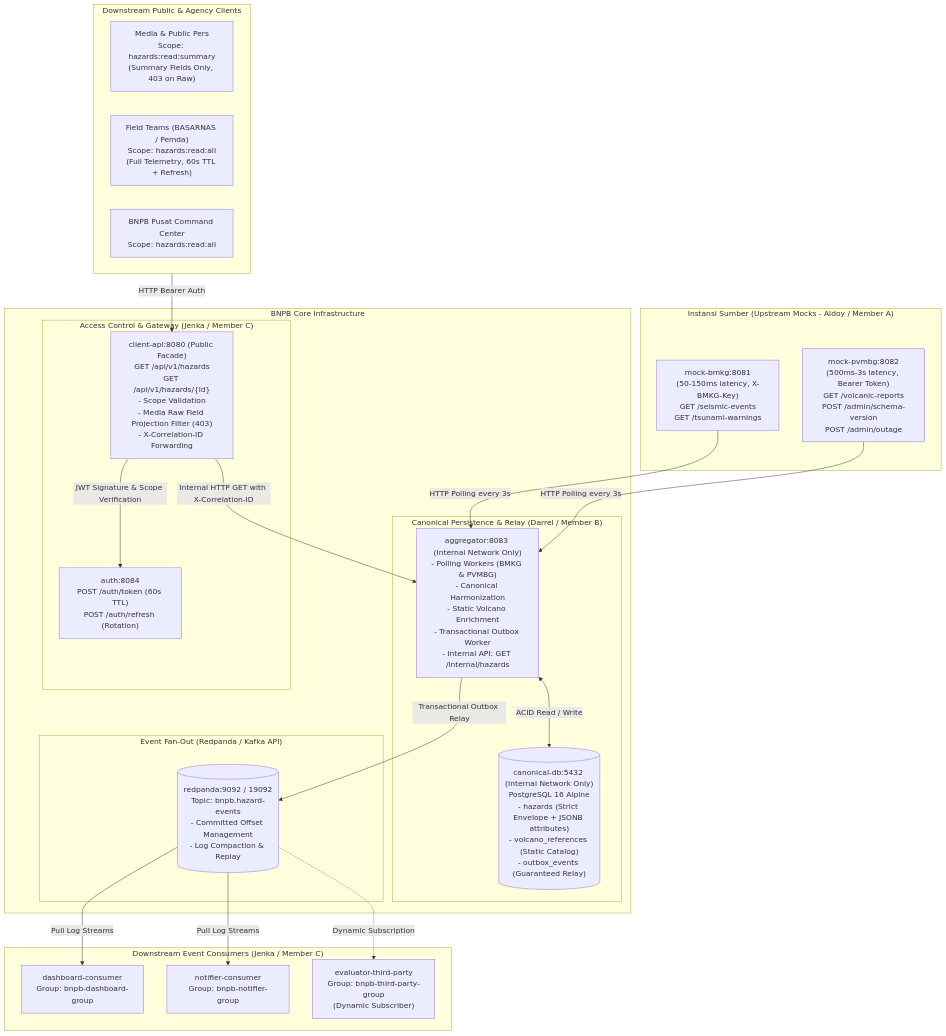
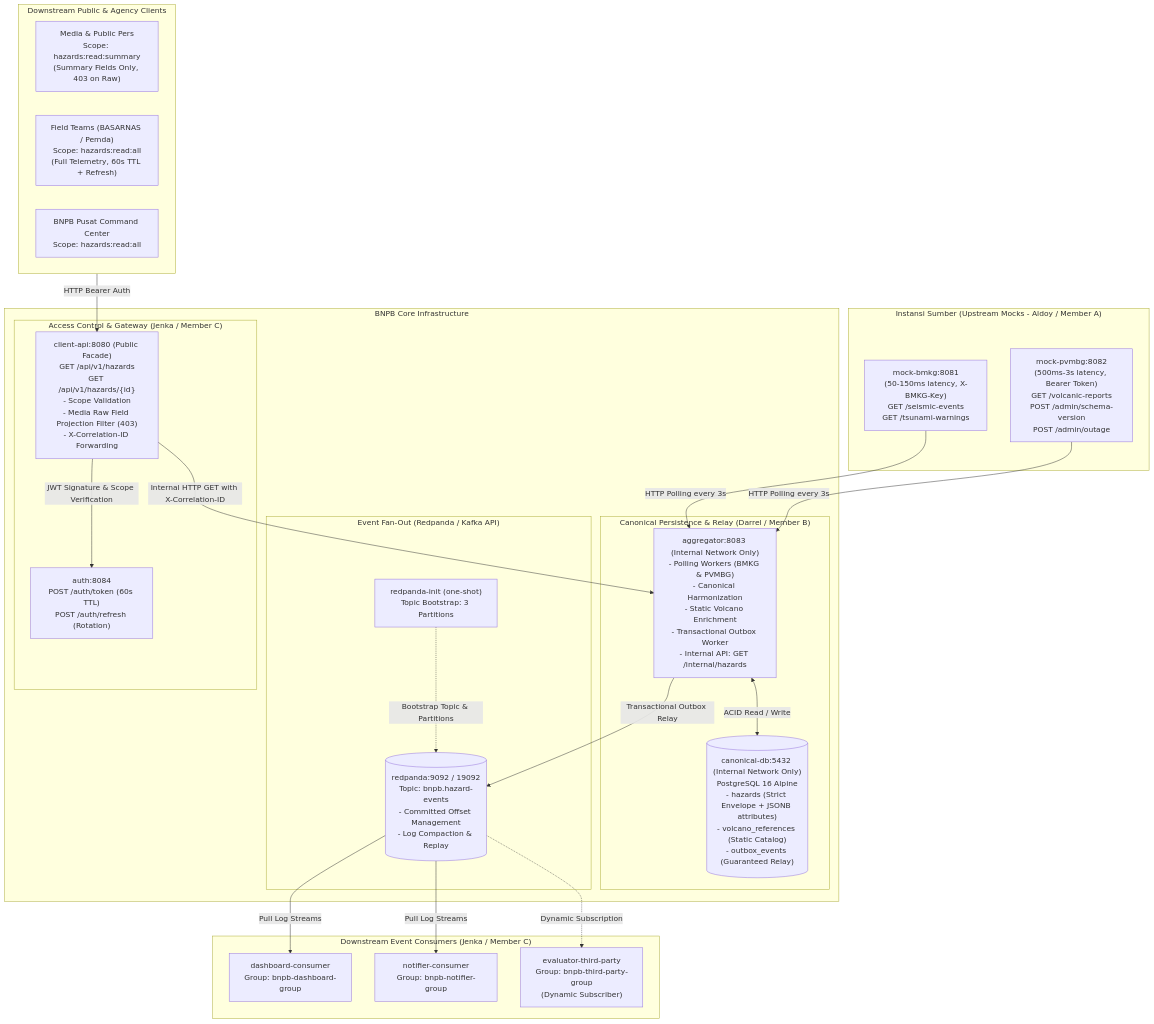
One commit to Darsua/AAT changed the diagram in README.md. Above: the diagram before and after it, drawn with Mermaid. The commit also changed other lines of this file, not shown here.

````diff
--- a/README.md
+++ b/README.md
@@ -30,51 +50,55 @@
 ```mermaid
 flowchart TD
     subgraph ExternalSources["Instansi Sumber (Upstream Mocks - Aldoy / Member A)"]
         BMKG["mock-bmkg:8081\n(50-150ms latency, X-BMKG-Key)\nGET /seismic-events\nGET /tsunami-warnings"]
         PVMBG["mock-pvmbg:8082\n(500ms-3s latency, Bearer Token)\nGET /volcanic-reports\nPOST /admin/schema-version\nPOST /admin/outage"]
     end
 
     subgraph BNPBCore["BNPB Core Infrastructure"]
         subgraph Persistence["Canonical Persistence & Relay (Darrel / Member B)"]
             Aggregator["aggregator:8083 (Internal Network Only)\n- Polling Workers (BMKG & PVMBG)\n- Canonical Harmonization\n- Static Volcano Enrichment\n- Transactional Outbox Worker\n- Internal API: GET /internal/hazards"]
             Postgres[("canonical-db:5432 (Internal Network Only)\nPostgreSQL 16 Alpine\n- hazards (Strict Envelope + JSONB attributes)\n- volcano_references (Static Catalog)\n- outbox_events (Guaranteed Relay)")]
         end
 
         subgraph EventBroker["Event Fan-Out (Redpanda / Kafka API)"]
             Broker[("redpanda:9092 / 19092\nTopic: bnpb.hazard-events\n- Committed Offset Management\n- Log Compaction & Replay")]
+            Init["redpanda-init (one-shot)\nTopic Bootstrap: 3 Partitions"]
         end
 
         subgraph SecurityGateway["Access Control & Gateway (Jenka / Member C)"]
             Auth["auth:8084\nPOST /auth/token (60s TTL)\nPOST /auth/refresh (Rotation)"]
             ClientAPI["client-api:8080 (Public Facade)\nGET /api/v1/hazards\nGET /api/v1/hazards/{id}\n- Scope Validation\n- Media Raw Field Projection Filter (403)\n- X-Correlation-ID Forwarding"]
         end
     end
 
     subgraph DownstreamSubscribers["Downstream Event Consumers (Jenka / Member C)"]
         Dashboard["dashboard-consumer\nGroup: bnpb-dashboard-group"]
         Notifier["notifier-consumer\nGroup: bnpb-notifier-group"]
         ThirdParty["evaluator-third-party\nGroup: bnpb-third-party-group\n(Dynamic Subscriber)"]
     end
 
     subgraph ExternalClients["Downstream Public & Agency Clients"]
         Media["Media & Public Pers\nScope: hazards:read:summary\n(Summary Fields Only, 403 on Raw)"]
         Field["Field Teams (BASARNAS / Pemda)\nScope: hazards:read:all\n(Full Telemetry, 60s TTL + Refresh)"]
         InternalOps["BNPB Pusat Command Center\nScope: hazards:read:all"]
     end
 
+    %% Initialization Flow
+    Init -.->|Bootstrap Topic & Partitions| Broker
+
     %% Ingestion Flow
     BMKG -->|HTTP Polling every 3s| Aggregator
     PVMBG -->|HTTP Polling every 3s| Aggregator
     Aggregator <-->|ACID Read / Write| Postgres
     Aggregator -->|Transactional Outbox Relay| Broker
 
     %% Event Streaming Flow
     Broker -->|Pull Log Streams| Dashboard
     Broker -->|Pull Log Streams| Notifier
     Broker -.->|Dynamic Subscription| ThirdParty
 
     %% Client Query Flow
     ExternalClients -->|HTTP Bearer Auth| ClientAPI
     ClientAPI -->|JWT Signature & Scope Verification| Auth
     ClientAPI -->|Internal HTTP GET with X-Correlation-ID| Aggregator
 ```
````
